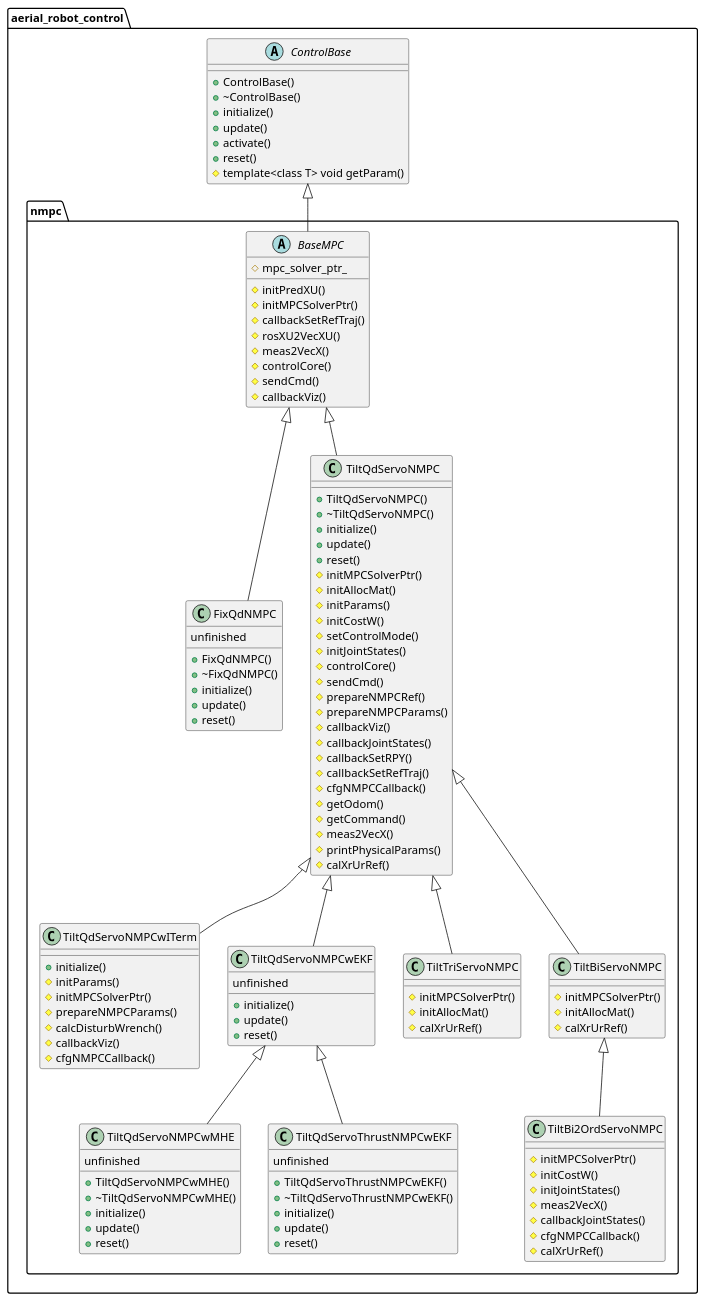
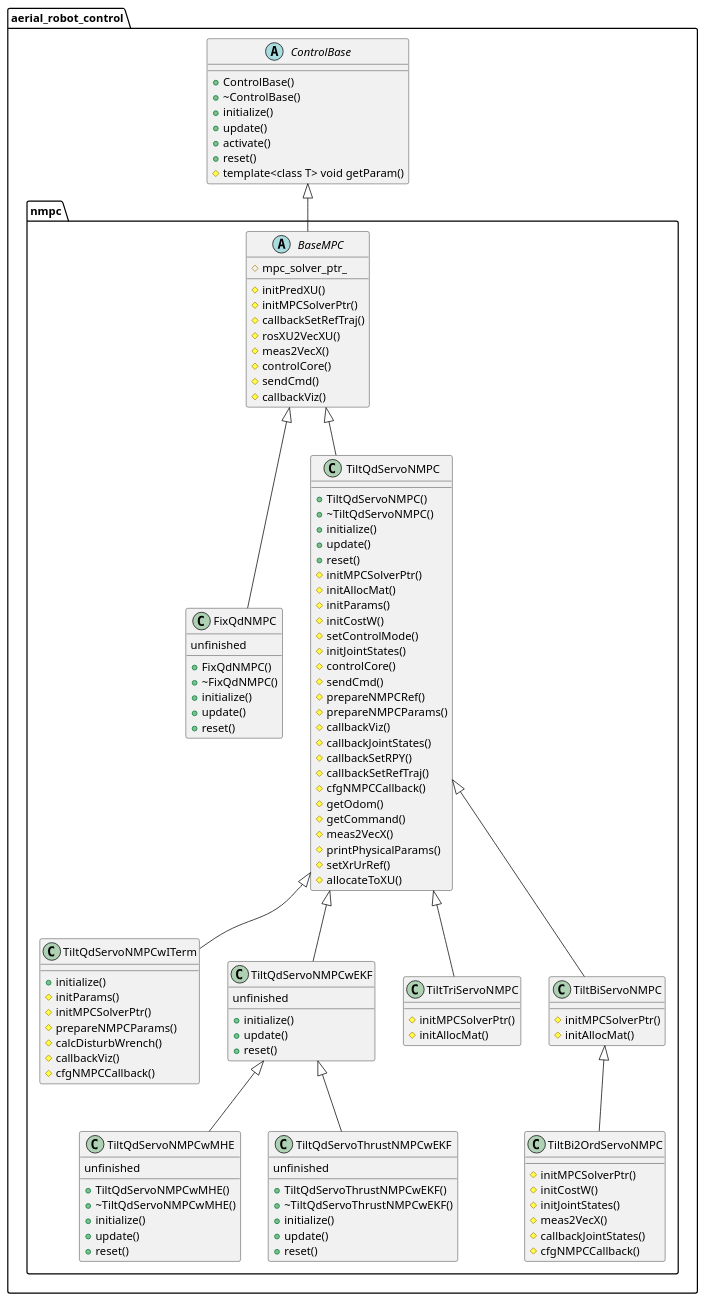
Before and after one commit to jsk-ros-pkg/jsk_aerial_robot: the diagram in docs/UMLs/nmpc_controller.puml, drawn with PlantUML. The commit also changed 9 other files, not shown here.

Commit message:
[NMPC][Refactor]: refactor calXrUrRef() to setXrUrRef() with an function allocateToXU()

```diff
--- a/docs/UMLs/nmpc_controller.puml
+++ b/docs/UMLs/nmpc_controller.puml
@@ -1,140 +1,138 @@
 @startuml
 'https://plantuml.com/class-diagram
 
 set namespaceSeparator ::
 
 abstract class aerial_robot_control::ControlBase {
     + ControlBase()
     + ~ControlBase()
     + initialize()
     + update()
     + activate()
     + reset()
     # template<class T> void getParam()
 }
 
 abstract class aerial_robot_control::nmpc::BaseMPC extends aerial_robot_control::ControlBase {
     # mpc_solver_ptr_
     # initPredXU()
     # initMPCSolverPtr()
     # callbackSetRefTraj()
     # rosXU2VecXU()
     # meas2VecX()
     # controlCore()
     # sendCmd()
     # callbackViz()
 }
 
 class aerial_robot_control::nmpc::FixQdNMPC extends aerial_robot_control::nmpc::BaseMPC {
 'x_dim = 13, u_dim = 4, p_dim = 4'
 unfinished
     + FixQdNMPC()
     + ~FixQdNMPC()
     + initialize()
     + update()
     + reset()
 }
 
 'class aerial_robot_control::nmpc::TiltQdNMPC extends aerial_robot_control::nmpc::FixQdNMPC {
 ''x_dim = 13, u_dim = 8'
 '    + TiltQdNMPC()
 '    + ~TiltQdNMPC()
 '    + initialize()
 '    + update()
 '    + reset()
 '}
 
 class aerial_robot_control::nmpc::TiltQdServoNMPC extends aerial_robot_control::nmpc::BaseMPC {
 'x_dim = 17, u_dim = 8, p_dim = 4'
     + TiltQdServoNMPC()
     + ~TiltQdServoNMPC()
     + initialize()
     + update()
     + reset()
     # initMPCSolverPtr()
     # initAllocMat()
     # initParams()
     # initCostW()
     # setControlMode()
     # initJointStates()
     # controlCore()
     # sendCmd()
     # prepareNMPCRef()
     # prepareNMPCParams()
     # callbackViz()
     # callbackJointStates()
     # callbackSetRPY()
     # callbackSetRefTraj()
     # cfgNMPCCallback()
     # getOdom()
     # getCommand()
     # meas2VecX()
     # printPhysicalParams()
-    # calXrUrRef()
+    # setXrUrRef()
+    # allocateToXU()
 }
 
 class aerial_robot_control::nmpc::TiltQdServoNMPCwITerm extends aerial_robot_control::nmpc::TiltQdServoNMPC {
 'x_dim = 17, u_dim = 8， p_dim = 10'
     + initialize()
     # initParams()
     # initMPCSolverPtr()
     # prepareNMPCParams()
     # calcDisturbWrench()
     # callbackViz()
     # cfgNMPCCallback()
 }
 
 class aerial_robot_control::nmpc::TiltQdServoNMPCwEKF extends aerial_robot_control::nmpc::TiltQdServoNMPC {
 'x_dim = 23, u_dim = 8, p_dim = 4'
 unfinished
     + initialize()
     + update()
     + reset()
 }
 
 class aerial_robot_control::nmpc::TiltQdServoNMPCwMHE extends aerial_robot_control::nmpc::TiltQdServoNMPCwEKF {
 'x_dim = 23, u_dim = 8, p_dim = 4'
 unfinished
     + TiltQdServoNMPCwMHE()
     + ~TiltQdServoNMPCwMHE()
     + initialize()
     + update()
     + reset()
 }
 
 class aerial_robot_control::nmpc::TiltQdServoThrustNMPCwEKF extends aerial_robot_control::nmpc::TiltQdServoNMPCwEKF {
 'x_dim = 27, u_dim = 8, p_dim = 4'
 unfinished
     + TiltQdServoThrustNMPCwEKF()
     + ~TiltQdServoThrustNMPCwEKF()
     + initialize()
     + update()
     + reset()
 }
 
 class aerial_robot_control::nmpc::TiltTriServoNMPC extends aerial_robot_control::nmpc::TiltQdServoNMPC {
 'x_dim = 16, u_dim = 6, p_dim = 4'
     # initMPCSolverPtr()
     # initAllocMat()
-    # calXrUrRef()
 }
 
 class aerial_robot_control::nmpc::TiltBiServoNMPC extends aerial_robot_control::nmpc::TiltQdServoNMPC {
 'x_dim = 15, u_dim = 4, p_dim = 4'
     # initMPCSolverPtr()
     # initAllocMat()
-    # calXrUrRef()
 }
 
 class aerial_robot_control::nmpc::TiltBi2OrdServoNMPC extends aerial_robot_control::nmpc::TiltBiServoNMPC {
 'x_dim = 17, u_dim = 4, p_dim = 4'
     # initMPCSolverPtr()
     # initCostW()
     # initJointStates()
     # meas2VecX()
     # callbackJointStates()
     # cfgNMPCCallback()
-    # calXrUrRef()
 }
 
 @enduml
```
